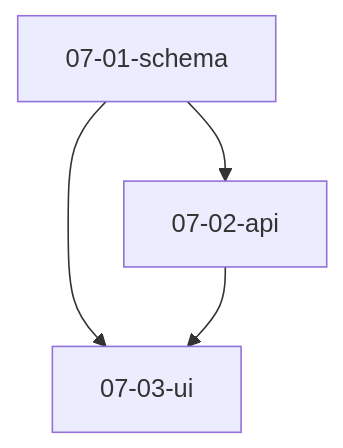
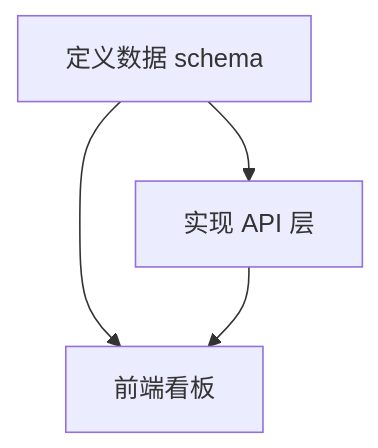
One commit to lazygophers/ccplugin changed the diagram in plugins/tools/trellisx/example/task.md. Above: the diagram before and after it, drawn with Mermaid. The commit also changed 2 other files, not shown here.

Commit message:
fix(trellisx): DAG 节点显示名称而非 id (id["名称"] 标签语法)

````diff
--- a/plugins/tools/trellisx/example/task.md
+++ b/plugins/tools/trellisx/example/task.md
@@ -11,6 +11,6 @@
 ```mermaid
 flowchart TD
-  07-01-schema --> 07-02-api
-  07-01-schema --> 07-03-ui
-  07-02-api --> 07-03-ui
+  07-01-schema["定义数据 schema"] --> 07-02-api["实现 API 层"]
+  07-01-schema["定义数据 schema"] --> 07-03-ui["前端看板"]
+  07-02-api["实现 API 层"] --> 07-03-ui["前端看板"]
 ```
````
